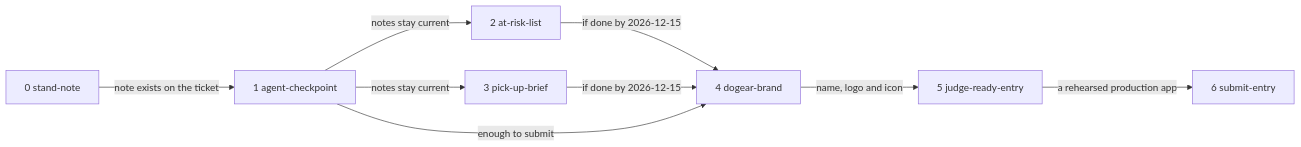
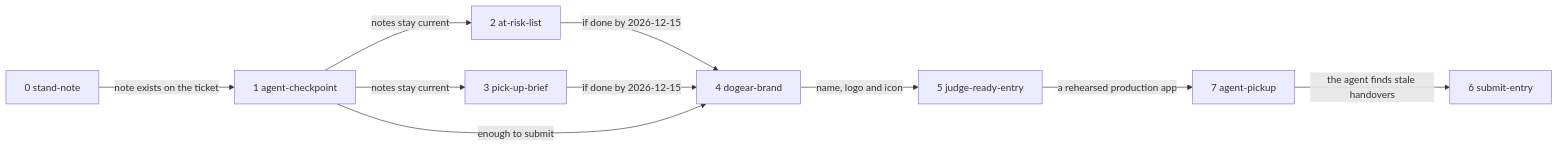
The second of 2 diagrams in docs/specs/ticket-handover/shape.md (dzaffren/dogear), drawn with Mermaid before and after one commit. The commit also changed other lines of this file and 20 other files, not shown here.

First line of the commit message:
feat(app): let a coding agent list the tickets that need a dogear (#9)

````diff
--- a/docs/specs/ticket-handover/shape.md
+++ b/docs/specs/ticket-handover/shape.md
@@ -43,11 +43,12 @@
 ```mermaid
 flowchart LR
     S0[0 stand-note] -- "note exists on the ticket" --> S1[1 agent-checkpoint]
     S1 -- "notes stay current" --> S2[2 at-risk-list]
     S1 -- "notes stay current" --> S3[3 pick-up-brief]
     S2 -- "if done by 2026-12-15" --> S4[4 dogear-brand]
     S3 -- "if done by 2026-12-15" --> S4
     S1 -- "enough to submit" --> S4
     S4 -- "name, logo and icon" --> S5[5 judge-ready-entry]
-    S5 -- "a rehearsed production app" --> S6[6 submit-entry]
+    S5 -- "a rehearsed production app" --> S7[7 agent-pickup]
+    S7 -- "the agent finds stale handovers" --> S6[6 submit-entry]
 ```
````
